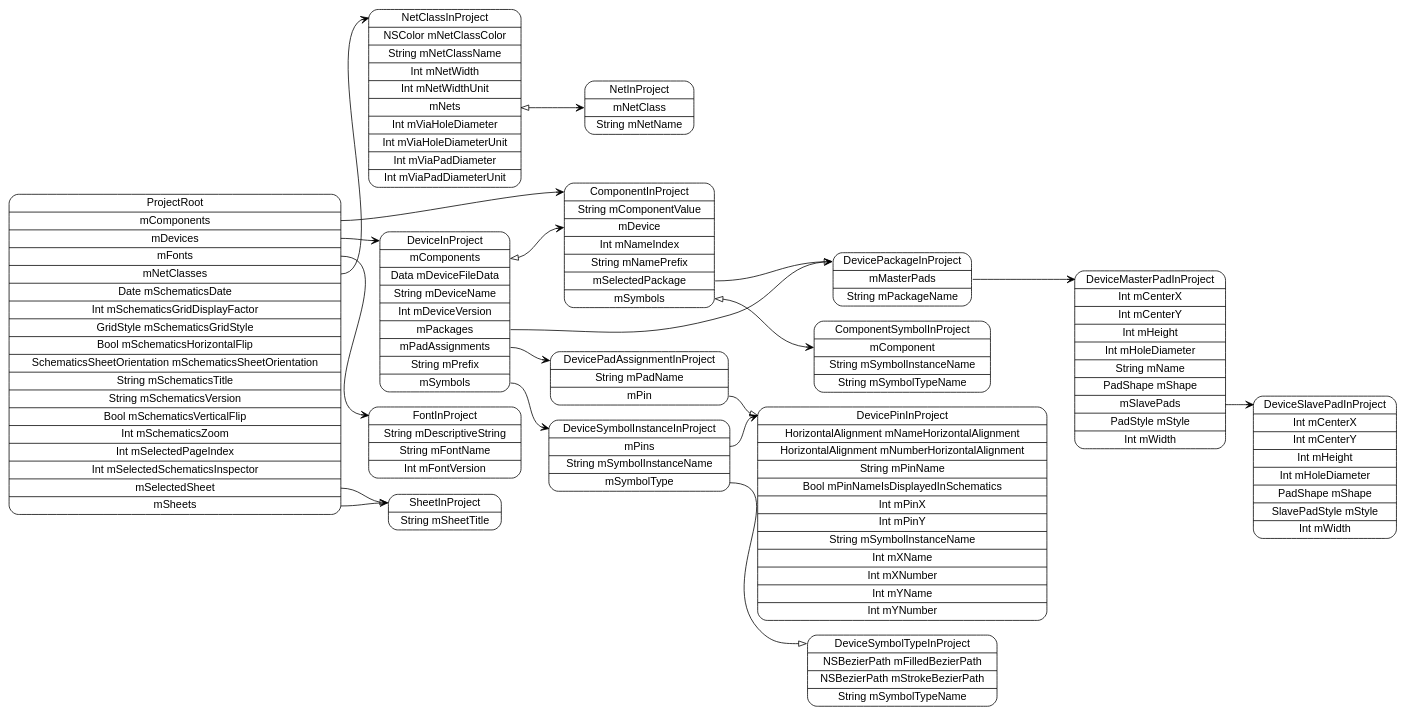
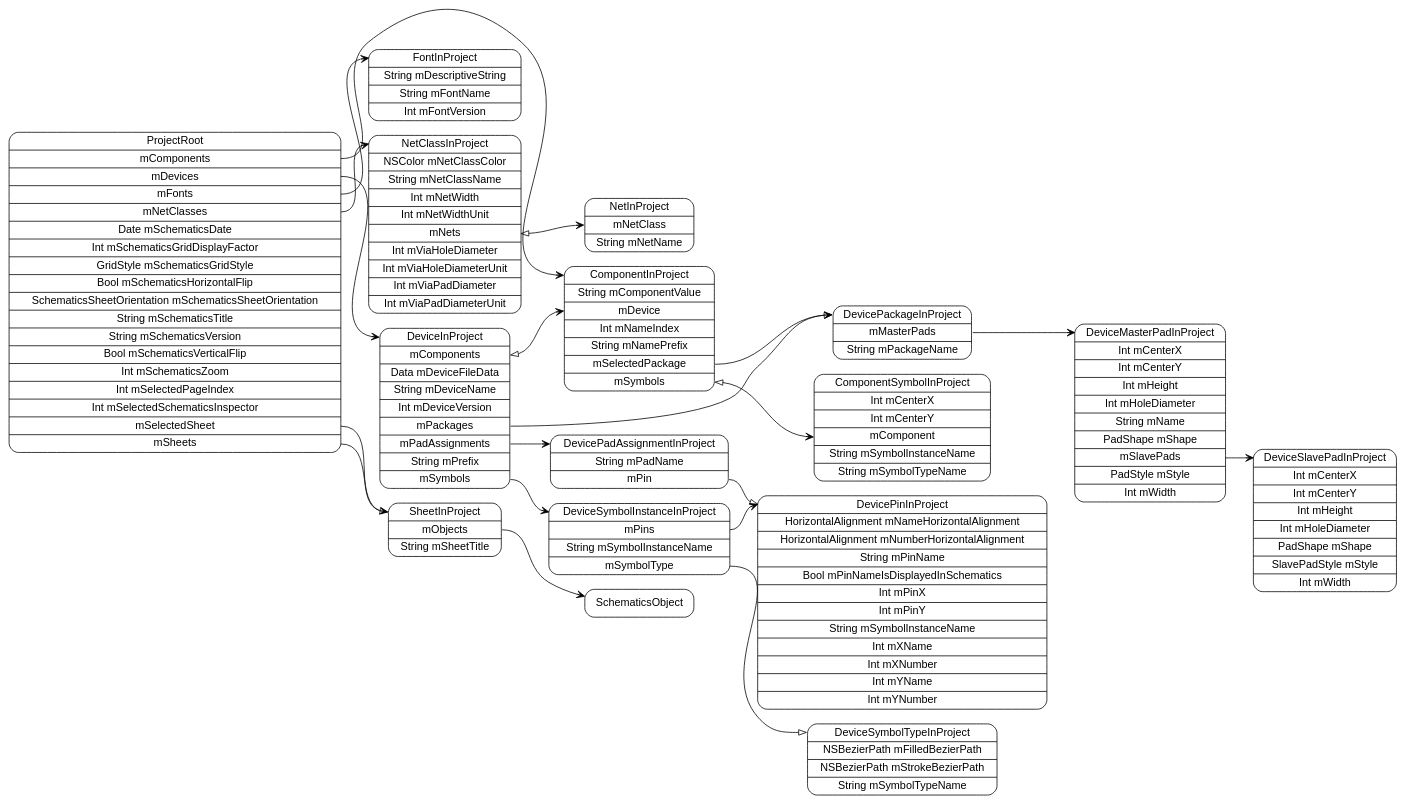
One commit to pierremolinaro/ElCanari-dev changed the diagram in models/ProjectRoot.dot. Above: the diagram before and after it, drawn with Graphviz. The commit also changed 19 other files, not shown here.

```diff
--- a/models/ProjectRoot.dot
+++ b/models/ProjectRoot.dot
@@ -1,37 +1,39 @@
 digraph G {
   rankdir=LR ;
   node [shape=record fontname=helvetica style=rounded] ;
   ProjectRoot[label="<ProjectRoot>ProjectRoot|<mComponents>mComponents|<mDevices>mDevices|<mFonts>mFonts|<mNetClasses>mNetClasses|Date mSchematicsDate|Int mSchematicsGridDisplayFactor|GridStyle mSchematicsGridStyle|Bool mSchematicsHorizontalFlip|SchematicsSheetOrientation mSchematicsSheetOrientation|String mSchematicsTitle|String mSchematicsVersion|Bool mSchematicsVerticalFlip|Int mSchematicsZoom|Int mSelectedPageIndex|Int mSelectedSchematicsInspector|<mSelectedSheet>mSelectedSheet|<mSheets>mSheets"] ;
-  SheetInProject[label="<SheetInProject>SheetInProject|String mSheetTitle"] ;
+  SheetInProject[label="<SheetInProject>SheetInProject|<mObjects>mObjects|String mSheetTitle"] ;
+  SchematicsObject[label="<SchematicsObject>SchematicsObject"] ;
   NetClassInProject[label="<NetClassInProject>NetClassInProject|NSColor mNetClassColor|String mNetClassName|Int mNetWidth|Int mNetWidthUnit|<mNets>mNets|Int mViaHoleDiameter|Int mViaHoleDiameterUnit|Int mViaPadDiameter|Int mViaPadDiameterUnit"] ;
   NetInProject[label="<NetInProject>NetInProject|<mNetClass>mNetClass|String mNetName"] ;
   FontInProject[label="<FontInProject>FontInProject|String mDescriptiveString|String mFontName|Int mFontVersion"] ;
   DeviceInProject[label="<DeviceInProject>DeviceInProject|<mComponents>mComponents|Data mDeviceFileData|String mDeviceName|Int mDeviceVersion|<mPackages>mPackages|<mPadAssignments>mPadAssignments|String mPrefix|<mSymbols>mSymbols"] ;
   DeviceSymbolInstanceInProject[label="<DeviceSymbolInstanceInProject>DeviceSymbolInstanceInProject|<mPins>mPins|String mSymbolInstanceName|<mSymbolType>mSymbolType"] ;
   DeviceSymbolTypeInProject[label="<DeviceSymbolTypeInProject>DeviceSymbolTypeInProject|NSBezierPath mFilledBezierPath|NSBezierPath mStrokeBezierPath|String mSymbolTypeName"] ;
   DevicePinInProject[label="<DevicePinInProject>DevicePinInProject|HorizontalAlignment mNameHorizontalAlignment|HorizontalAlignment mNumberHorizontalAlignment|String mPinName|Bool mPinNameIsDisplayedInSchematics|Int mPinX|Int mPinY|String mSymbolInstanceName|Int mXName|Int mXNumber|Int mYName|Int mYNumber"] ;
   DevicePadAssignmentInProject[label="<DevicePadAssignmentInProject>DevicePadAssignmentInProject|String mPadName|<mPin>mPin"] ;
   DevicePackageInProject[label="<DevicePackageInProject>DevicePackageInProject|<mMasterPads>mMasterPads|String mPackageName"] ;
   DeviceMasterPadInProject[label="<DeviceMasterPadInProject>DeviceMasterPadInProject|Int mCenterX|Int mCenterY|Int mHeight|Int mHoleDiameter|String mName|PadShape mShape|<mSlavePads>mSlavePads|PadStyle mStyle|Int mWidth"] ;
   DeviceSlavePadInProject[label="<DeviceSlavePadInProject>DeviceSlavePadInProject|Int mCenterX|Int mCenterY|Int mHeight|Int mHoleDiameter|PadShape mShape|SlavePadStyle mStyle|Int mWidth"] ;
   ComponentInProject[label="<ComponentInProject>ComponentInProject|String mComponentValue|<mDevice>mDevice|Int mNameIndex|String mNamePrefix|<mSelectedPackage>mSelectedPackage|<mSymbols>mSymbols"] ;
-  ComponentSymbolInProject[label="<ComponentSymbolInProject>ComponentSymbolInProject|<mComponent>mComponent|String mSymbolInstanceName|String mSymbolTypeName"] ;
+  ComponentSymbolInProject[label="<ComponentSymbolInProject>ComponentSymbolInProject|Int mCenterX|Int mCenterY|<mComponent>mComponent|String mSymbolInstanceName|String mSymbolTypeName"] ;
   ProjectRoot:mComponents -> ComponentInProject:ComponentInProject [dir=both arrowtail=none arrowhead=vee] ;
   ProjectRoot:mDevices -> DeviceInProject:DeviceInProject [dir=both arrowtail=none arrowhead=vee] ;
   ProjectRoot:mFonts -> FontInProject:FontInProject [dir=both arrowtail=none arrowhead=vee] ;
   ProjectRoot:mNetClasses -> NetClassInProject:NetClassInProject [dir=both arrowtail=none arrowhead=vee] ;
   ProjectRoot:mSelectedSheet -> SheetInProject:SheetInProject [dir=both arrowtail=none arrowhead=onormal] ;
   ProjectRoot:mSheets -> SheetInProject:SheetInProject [dir=both arrowtail=none arrowhead=vee] ;
+  SheetInProject:mObjects -> SchematicsObject:SchematicsObject [dir=both arrowtail=none arrowhead=vee] ;
   NetClassInProject:mNets -> NetInProject:mNetClass [dir=both arrowtail=onormal arrowhead=vee] ;
   DeviceInProject:mComponents -> ComponentInProject:mDevice [dir=both arrowtail=onormal arrowhead=vee] ;
   DeviceInProject:mPackages -> DevicePackageInProject:DevicePackageInProject [dir=both arrowtail=none arrowhead=vee] ;
   DeviceInProject:mPadAssignments -> DevicePadAssignmentInProject:DevicePadAssignmentInProject [dir=both arrowtail=none arrowhead=vee] ;
   DeviceInProject:mSymbols -> DeviceSymbolInstanceInProject:DeviceSymbolInstanceInProject [dir=both arrowtail=none arrowhead=vee] ;
   DeviceSymbolInstanceInProject:mPins -> DevicePinInProject:DevicePinInProject [dir=both arrowtail=none arrowhead=vee] ;
   DeviceSymbolInstanceInProject:mSymbolType -> DeviceSymbolTypeInProject:DeviceSymbolTypeInProject [dir=both arrowtail=none arrowhead=onormal] ;
   DevicePadAssignmentInProject:mPin -> DevicePinInProject:DevicePinInProject [dir=both arrowtail=none arrowhead=onormal] ;
   DevicePackageInProject:mMasterPads -> DeviceMasterPadInProject:DeviceMasterPadInProject [dir=both arrowtail=none arrowhead=vee] ;
   DeviceMasterPadInProject:mSlavePads -> DeviceSlavePadInProject:DeviceSlavePadInProject [dir=both arrowtail=none arrowhead=vee] ;
   ComponentInProject:mSelectedPackage -> DevicePackageInProject:DevicePackageInProject [dir=both arrowtail=none arrowhead=onormal] ;
   ComponentInProject:mSymbols -> ComponentSymbolInProject:mComponent [dir=both arrowtail=onormal arrowhead=vee] ;
 }
```
